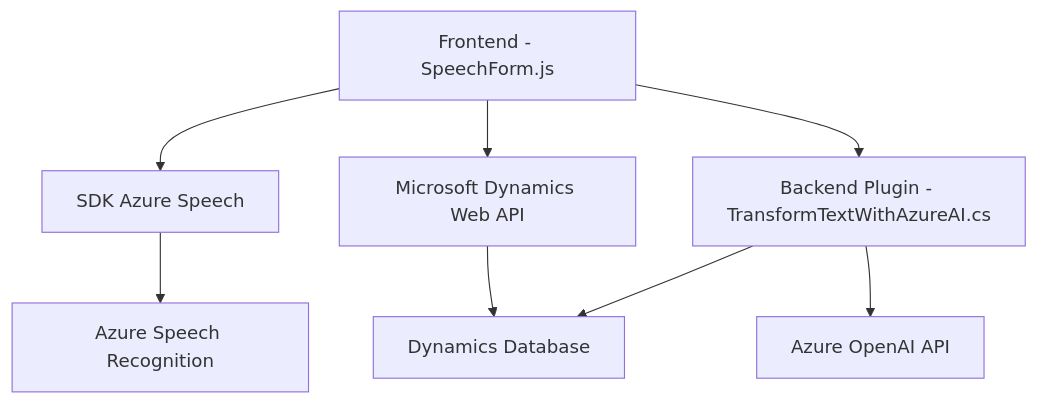
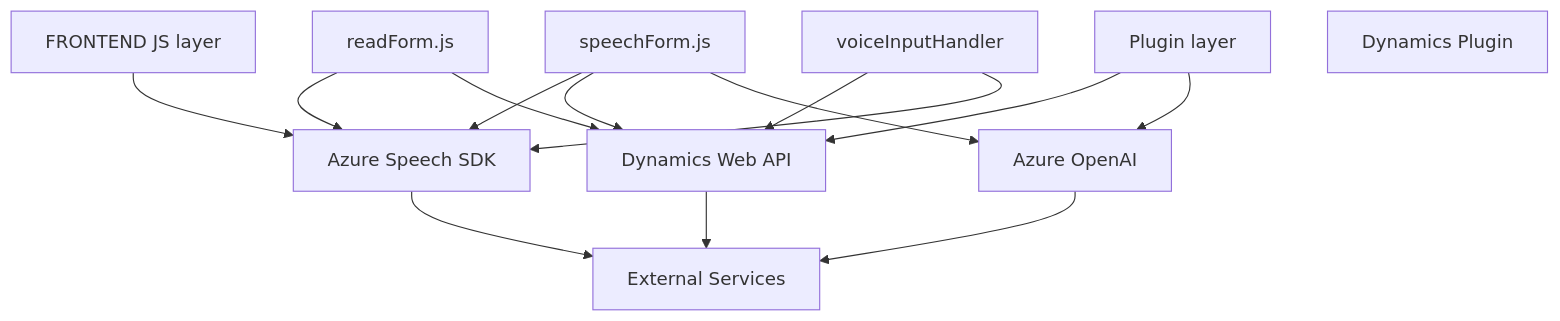
Before and after one commit to blopezdm/NETCORE_BILBAO2025: the diagram in README.md, drawn with Mermaid. The commit also changed other lines of this file, not shown here.

````diff
--- a/README.md
+++ b/README.md
@@ -39,10 +47,32 @@
 ```mermaid
 graph TD
-    A["Frontend - SpeechForm.js"] --> B["SDK Azure Speech"]
-    A --> C["Microsoft Dynamics Web API"]
-    B --> D["Azure Speech Recognition"]
-    C --> F["Dynamics Database"]
-    E["Backend Plugin - TransformTextWithAzureAI.cs"] --> F
-    E --> G["Azure OpenAI API"]
-    A --> E
+  A["FRONTEND JS layer"]
+  B["speechForm.js"]
+  C["readForm.js"]
+  D["voiceInputHandler"]
+
+  E["Plugin layer"]
+  F["Dynamics Plugin"]
+  G["Azure OpenAI"]
+  H["Dynamics Web API"]
+  I["Azure Speech SDK"]
+
+  J["External Services"]
+
+  A-->I
+  B-->I
+  B-->H
+  B-->G
+  C-->I
+  C-->H
+
+  D-->H
+  D-->I
+
+  E-->H
+  E-->G
+
+  I-->J
+  H-->J
+  G-->J
 ```
````
